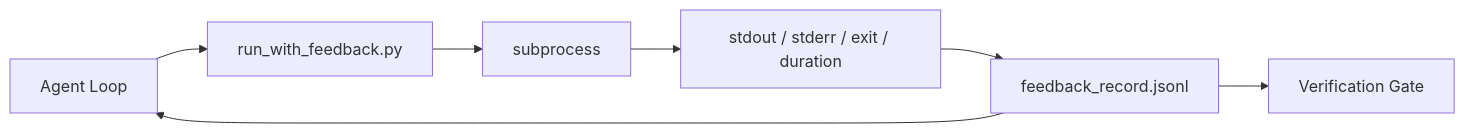
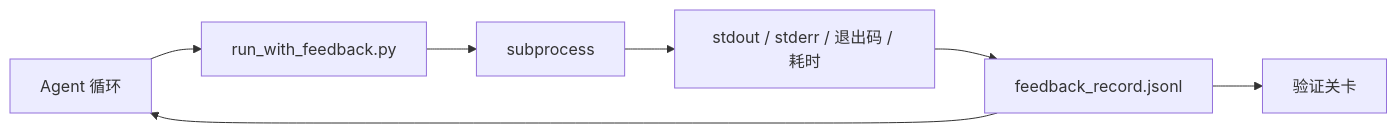
Before and after one commit to alessandrodinisio-ai/ai-engineering-learning-framework: the diagram in phases/14-agent-engineering/37-runtime-feedback-loops/docs/zh.md, drawn with Mermaid. The commit also changed 120 other files, not shown here.

First line of the commit message:
i18n(mermaid): 337 个 mermaid 图表标签中文化

````diff
--- a/phases/14-agent-engineering/37-runtime-feedback-loops/docs/zh.md
+++ b/phases/14-agent-engineering/37-runtime-feedback-loops/docs/zh.md
@@ -25,9 +25,9 @@
 ```mermaid
 flowchart LR
-  Agent[Agent Loop] --> Runner[run_with_feedback.py]
+  Agent[Agent 循环] --> Runner[run_with_feedback.py]
   Runner --> Shell[subprocess]
-  Shell --> Capture[stdout / stderr / exit / duration]
+  Shell --> Capture[stdout / stderr / 退出码 / 耗时]
   Capture --> Record[feedback_record.jsonl]
   Record --> Agent
-  Record --> Gate[Verification Gate]
+  Record --> Gate[验证关卡]
 ```
````
